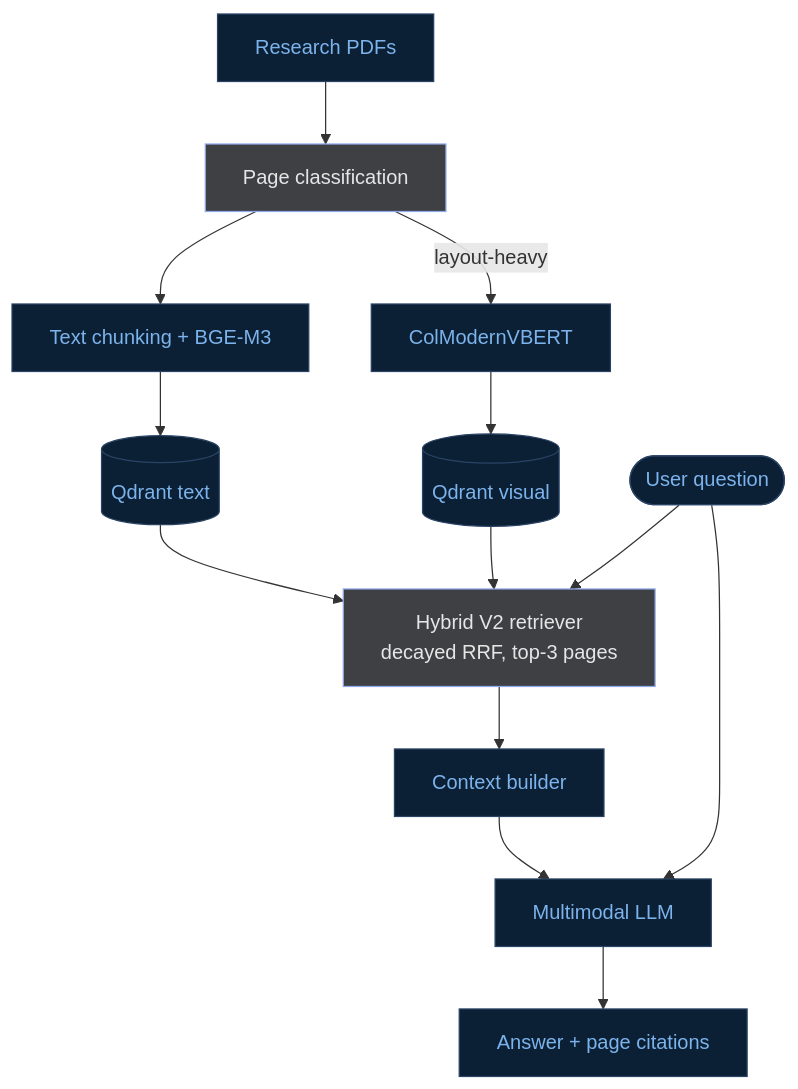
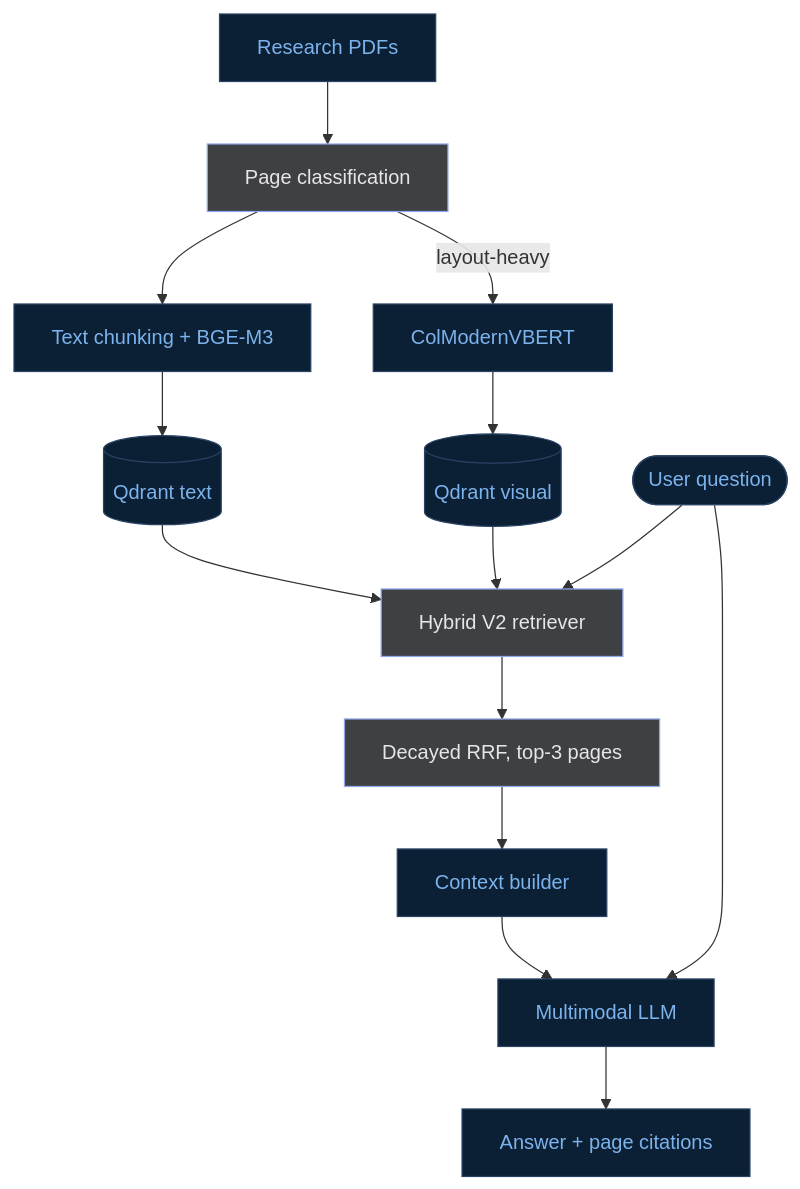
Before and after one commit to sagarrsv/hybrid_rag_for_complex_docs: the diagram in README.md, drawn with Mermaid.

````diff
--- a/README.md
+++ b/README.md
@@ -23,21 +23,22 @@
 ```mermaid
 flowchart TD
     A[Research PDFs] --> B[Page classification]
     B --> C[Text chunking + BGE-M3]
     B -->|layout-heavy| D[ColModernVBERT]
     C --> E[(Qdrant text)]
     D --> F[(Qdrant visual)]
-    E --> G[Hybrid V2 retriever<br/>decayed RRF, top-3 pages]
+    E --> G[Hybrid V2 retriever]
     F --> G
     Q([User question]) --> G
-    G --> H[Context builder]
+    G --> R[Decayed RRF, top-3 pages]
+    R --> H[Context builder]
     H --> I[Multimodal LLM]
     Q --> I
     I --> J[Answer + page citations]
 
     classDef navy fill:#0b2035,stroke:#2a4365,color:#7db3ec,stroke-width:1px
     classDef grey fill:#3f4044,stroke:#8fa8e8,color:#e6e6e6,stroke-width:1px
 
     class A,C,D,E,F,H,I,J,Q navy
-    class B,G grey
+    class B,G,R grey
 ```
````
